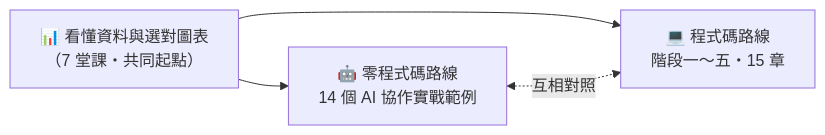
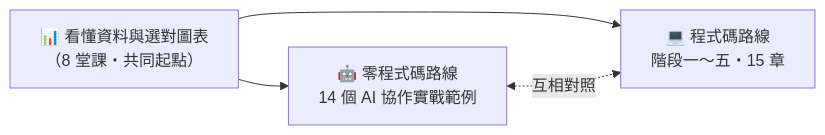
The diagram in README.md (roberthsu2003/PythonForDataAnalysis), drawn with Mermaid before and after one commit. The commit also changed other lines of this file and 5 other files, not shown here.

Commit message:
Add lesson on writing trustworthy chart conclusions

````diff
--- a/README.md
+++ b/README.md
@@ -11,6 +11,6 @@
 ```mermaid
 flowchart LR
-    A["📊 看懂資料與選對圖表<br/>（7 堂課・共同起點）"] --> B["🤖 零程式碼路線<br/>14 個 AI 協作實戰範例"]
+    A["📊 看懂資料與選對圖表<br/>（8 堂課・共同起點）"] --> B["🤖 零程式碼路線<br/>14 個 AI 協作實戰範例"]
     A --> C["💻 程式碼路線<br/>階段一～五・15 章"]
     B <-. 互相對照 .-> C
 ```
````
